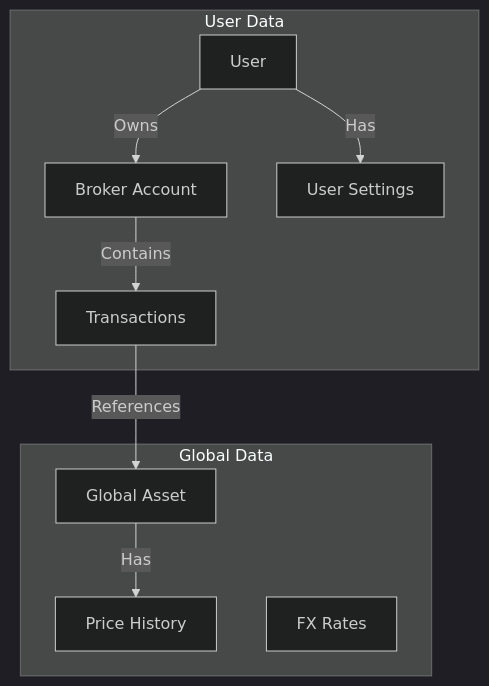
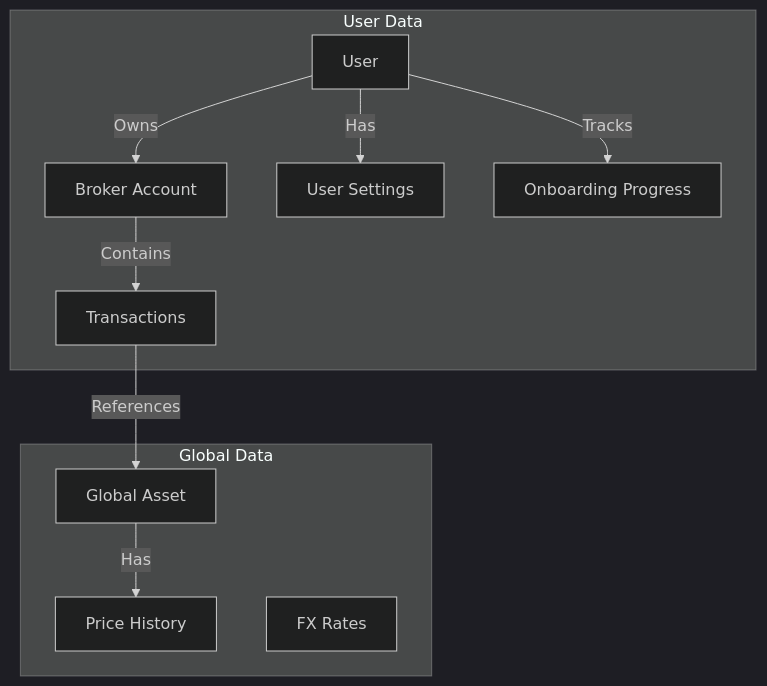
The diagram in mkdocs_src/docs/developer/architecture/database/index.md (Librefolio/LibreFolio), drawn with Mermaid (dark theme) before and after one commit. The commit also changed other lines of this file and 49 other files, not shown here.

````diff
--- a/mkdocs_src/docs/developer/architecture/database/index.md
+++ b/mkdocs_src/docs/developer/architecture/database/index.md
@@ -12,23 +12,25 @@
 ```mermaid
 graph TD
     User[User] -->|Owns| Broker[Broker Account]
     User -->|Has| Settings[User Settings]
+    User -->|Tracks| Onboarding[Onboarding Progress]
     
     Broker -->|Contains| Tx[Transactions]
     
     Tx -->|References| Asset[Global Asset]
     Asset -->|Has| Prices[Price History]
     
     subgraph "Global Data"
         Asset
         Prices
         FX[FX Rates]
     end
     
     subgraph "User Data"
         User
         Settings
+        Onboarding
         Broker
         Tx
     end
 ```
````
